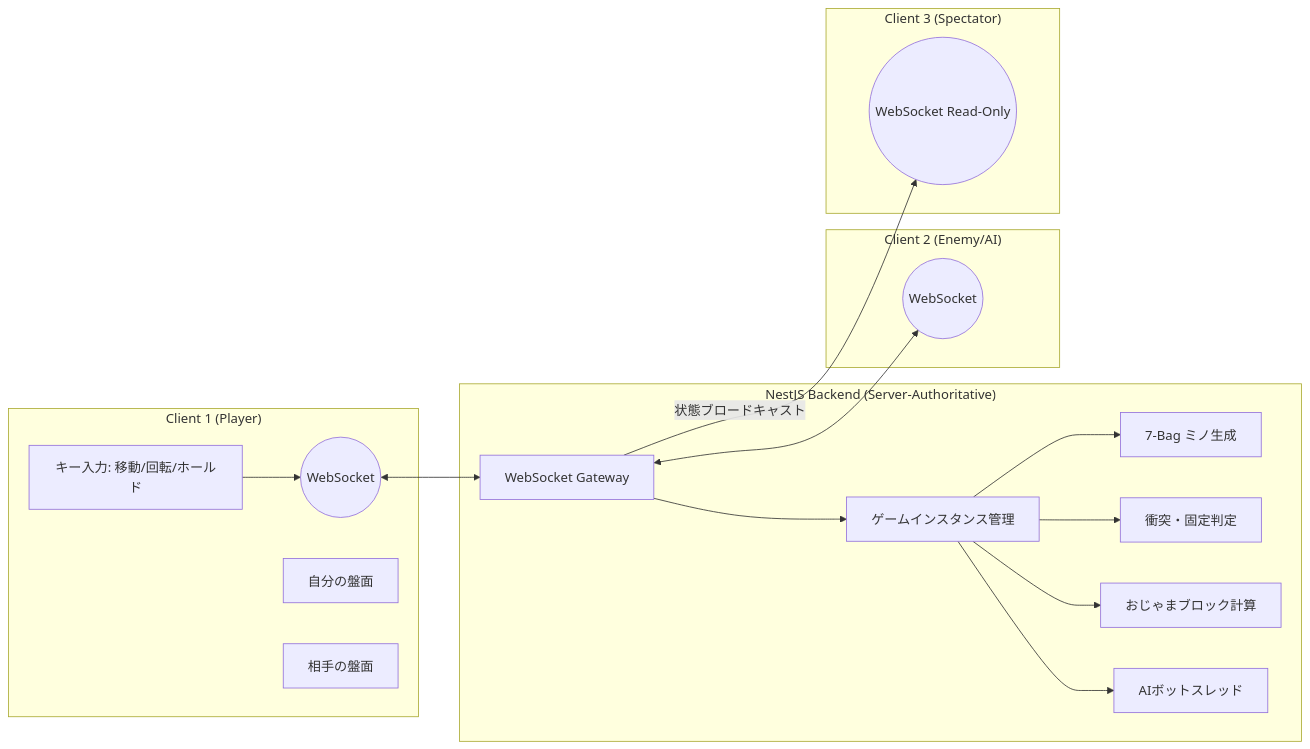
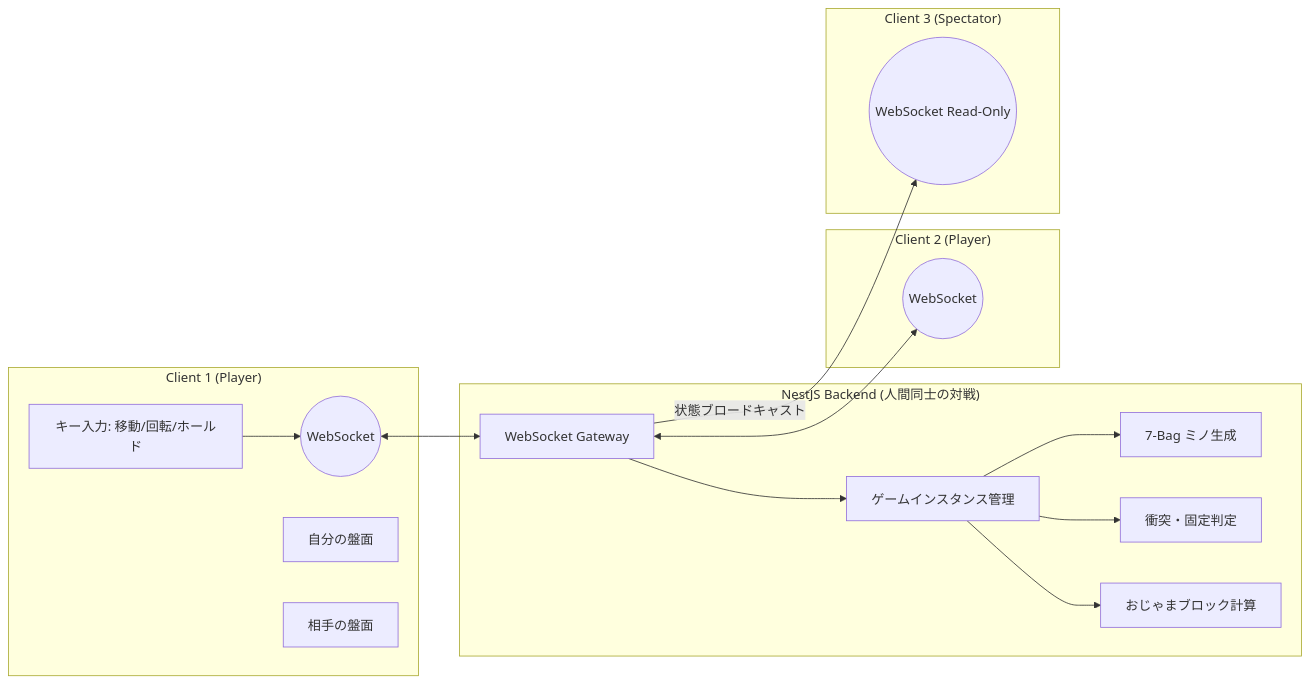
The diagram in proceed.md (ydiksn37/ft_transcendence), drawn with Mermaid before and after one commit. The commit also changed other lines of this file and 86 other files, not shown here.

````diff
--- a/proceed.md
+++ b/proceed.md
@@ -65,25 +69,24 @@
 ```mermaid
 graph LR
     subgraph client1["Client 1 (Player)"]
         Input1[キー入力: 移動/回転/ホールド] --> WS1((WebSocket))
         Grid1[自分の盤面]
         EnemyGrid1[相手の盤面]
     end
-    subgraph backend["NestJS Backend (Server-Authoritative)"]
+    subgraph backend["NestJS Backend (人間同士の対戦)"]
         WS_Gate[WebSocket Gateway] --> GameLoop[ゲームインスタンス管理]
         GameLoop --> BagGen[7-Bag ミノ生成]
         GameLoop --> Collision[衝突・固定判定]
         GameLoop --> Garbage[おじゃまブロック計算]
-        GameLoop --> AI[AIボットスレッド]
     end
-    subgraph client2["Client 2 (Enemy/AI)"]
+    subgraph client2["Client 2 (Player)"]
         WS2((WebSocket))
     end
     subgraph client3["Client 3 (Spectator)"]
         WS3((WebSocket Read-Only))
     end
     
     WS1 <--> WS_Gate
     WS_Gate <--> WS2
     WS_Gate -->|状態ブロードキャスト| WS3
 ```
````
